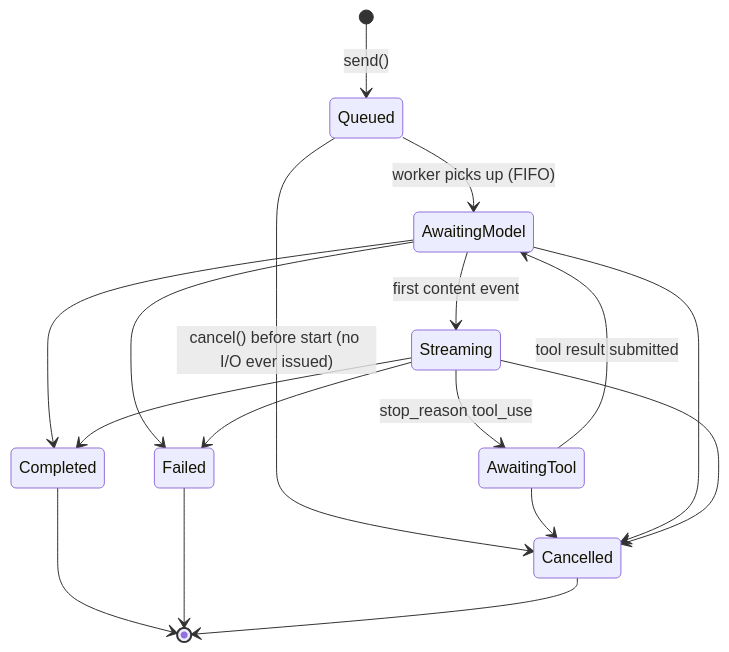
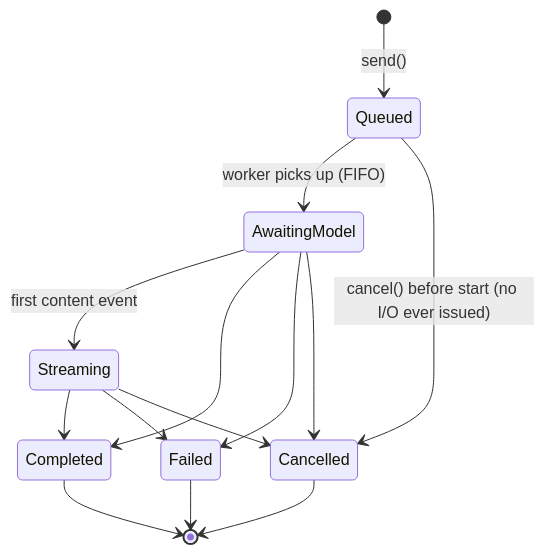
One commit to crybo-rybo/scry changed the second of 2 diagrams in ARCHITECTURE.md. Above: the diagram before and after it, drawn with Mermaid. The commit also changed other lines of this file and 15 other files, not shown here.

````diff
--- a/ARCHITECTURE.md
+++ b/ARCHITECTURE.md
@@ -76,19 +76,16 @@
 ```mermaid
 stateDiagram-v2
     [*] --> Queued: send()
     Queued --> AwaitingModel: worker picks up (FIFO)
     Queued --> Cancelled: cancel() before start (no I/O ever issued)
     AwaitingModel --> Streaming: first content event
-    Streaming --> AwaitingTool: stop_reason tool_use
-    AwaitingTool --> AwaitingModel: tool result submitted
     AwaitingModel --> Completed
     Streaming --> Completed
     AwaitingModel --> Failed
     Streaming --> Failed
-    AwaitingTool --> Cancelled
     AwaitingModel --> Cancelled
     Streaming --> Cancelled
     Completed --> [*]
     Failed --> [*]
     Cancelled --> [*]
 ```
````
